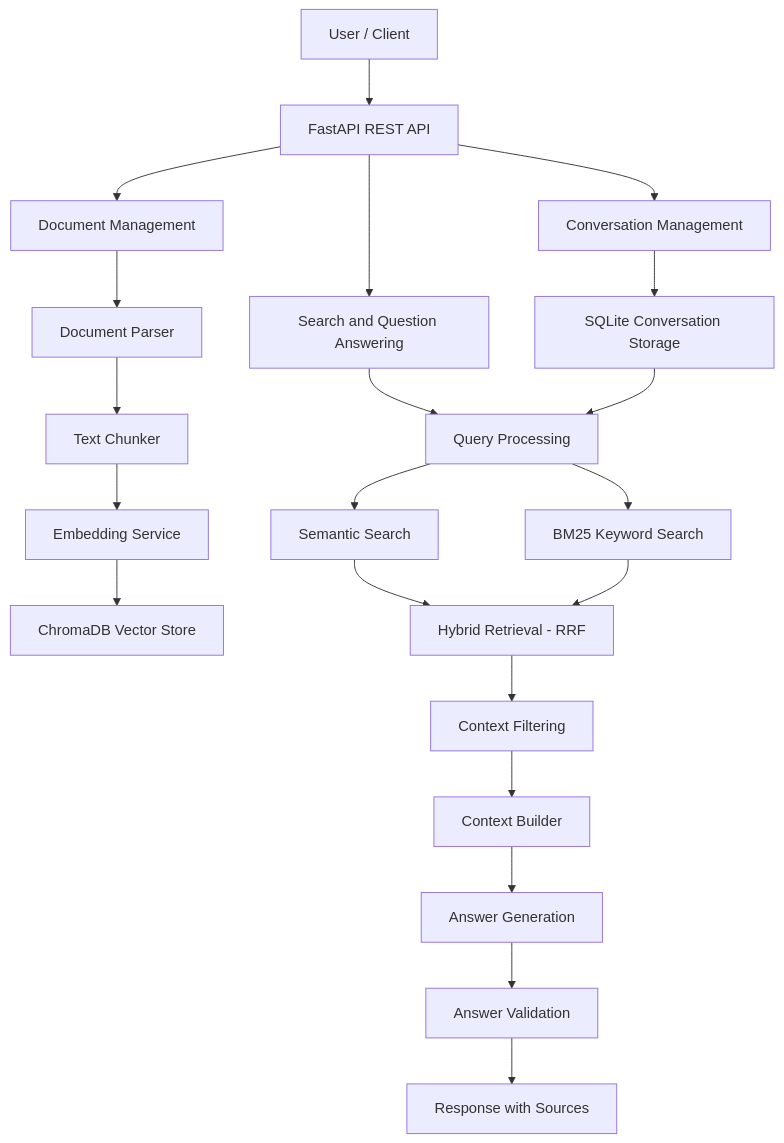
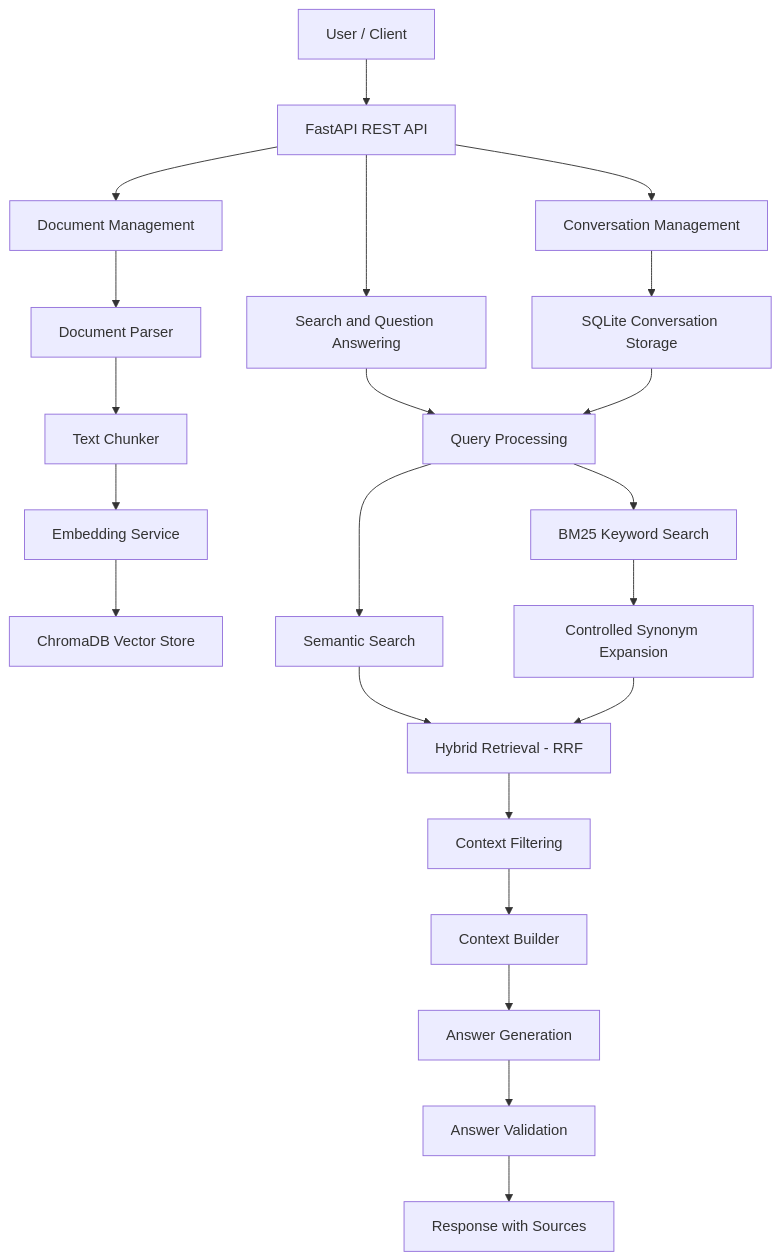
One commit to Mohitttttt/enterprise-ai-knowledge-platform changed the diagram in README.md. Above: the diagram before and after it, drawn with Mermaid. The commit also changed other lines of this file and 19 other files, not shown here.

Commit message:
Improve hybrid retrieval with controlled BM25 query expansion

````diff
--- a/README.md
+++ b/README.md
@@ -54,30 +56,32 @@
 ```mermaid
 flowchart TD
     A[User / Client] --> B[FastAPI REST API]
 
     B --> C[Document Management]
     B --> D[Search and Question Answering]
     B --> E[Conversation Management]
 
     C --> F[Document Parser]
     F --> G[Text Chunker]
     G --> H[Embedding Service]
     H --> I[ChromaDB Vector Store]
 
     D --> J[Query Processing]
     J --> K[Semantic Search]
     J --> L[BM25 Keyword Search]
 
-    K --> M[Hybrid Retrieval - RRF]
-    L --> M
+    L --> M[Controlled Synonym Expansion]
 
-    M --> N[Context Filtering]
-    N --> O[Context Builder]
-    O --> P[Answer Generation]
+    K --> N[Hybrid Retrieval - RRF]
+    M --> N
 
-    E --> Q[SQLite Conversation Storage]
-    Q --> J
+    N --> O[Context Filtering]
+    O --> P[Context Builder]
+    P --> Q[Answer Generation]
 
-    P --> R[Answer Validation]
-    R --> S[Response with Sources]
+    E --> R[SQLite Conversation Storage]
+    R --> J
+
+    Q --> S[Answer Validation]
+    S --> T[Response with Sources]
 ```
````
